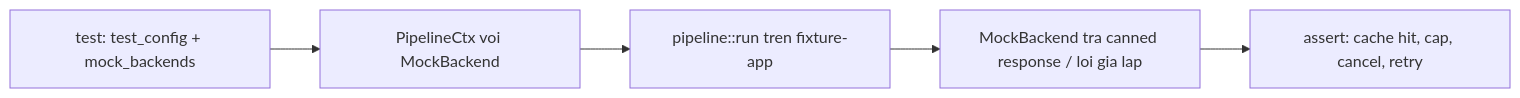
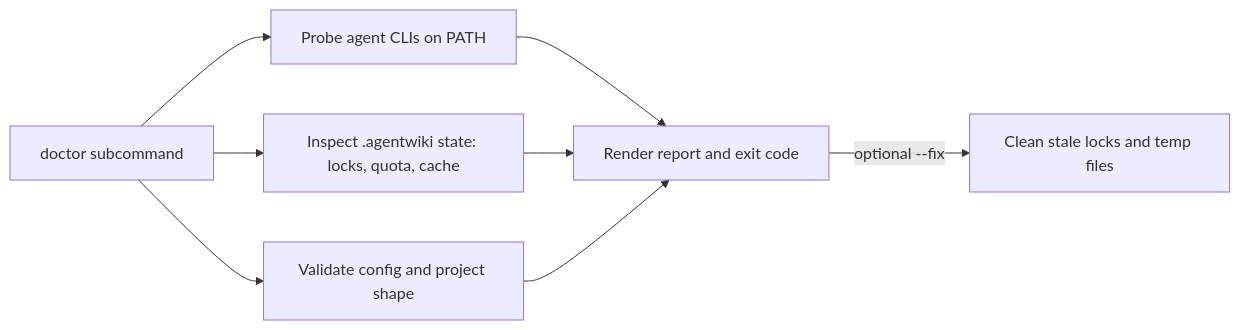
Before and after one commit to tidusvn05/agentwiki: the fourth of 5 diagrams in docs/vi/3.Workflow.md, drawn with Mermaid. The commit also changed other lines of this file and 49 other files, not shown here.

````diff
--- a/docs/vi/3.Workflow.md
+++ b/docs/vi/3.Workflow.md
@@ -109,7 +104,10 @@
 ```mermaid
 flowchart LR
-    T[test: test_config + mock_backends] --> X[PipelineCtx voi MockBackend]
-    X --> R[pipeline::run tren fixture-app]
-    R --> M[MockBackend tra canned response / loi gia lap]
-    M --> A[assert: cache hit, cap, cancel, retry]
+    A[doctor subcommand] --> B[Probe agent CLIs on PATH]
+    A --> C[Inspect .agentwiki state: locks, quota, cache]
+    A --> D[Validate config and project shape]
+    B --> E[Render report and exit code]
+    C --> E
+    D --> E
+    E -->|optional --fix| F[Clean stale locks and temp files]
 ```
````
